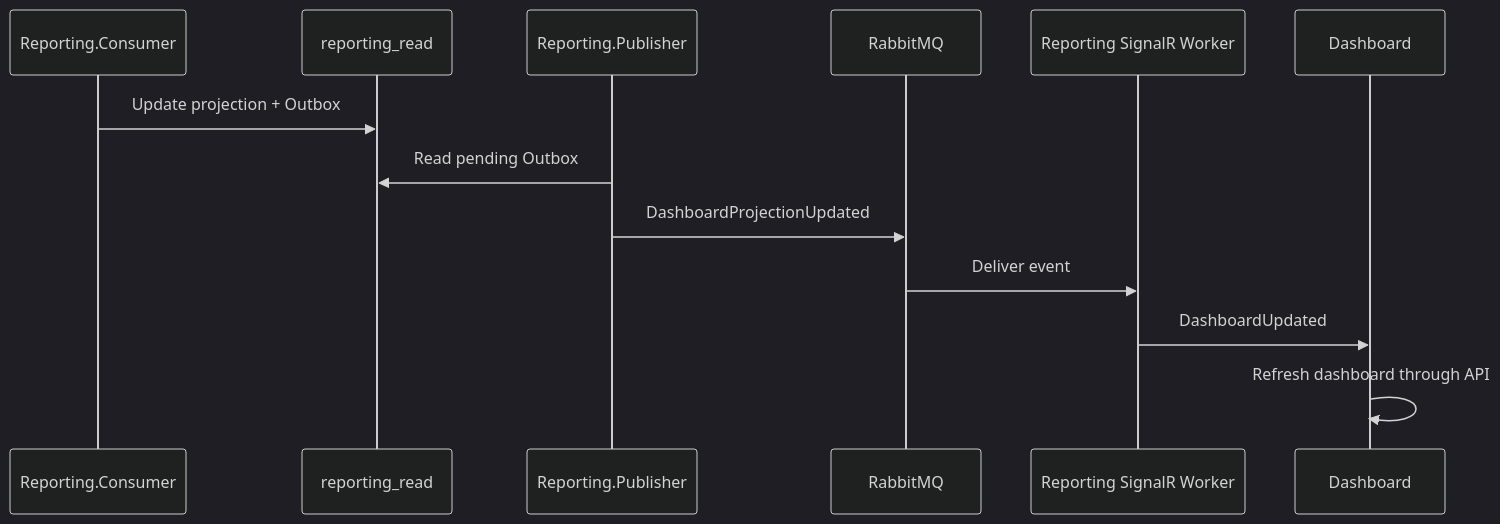
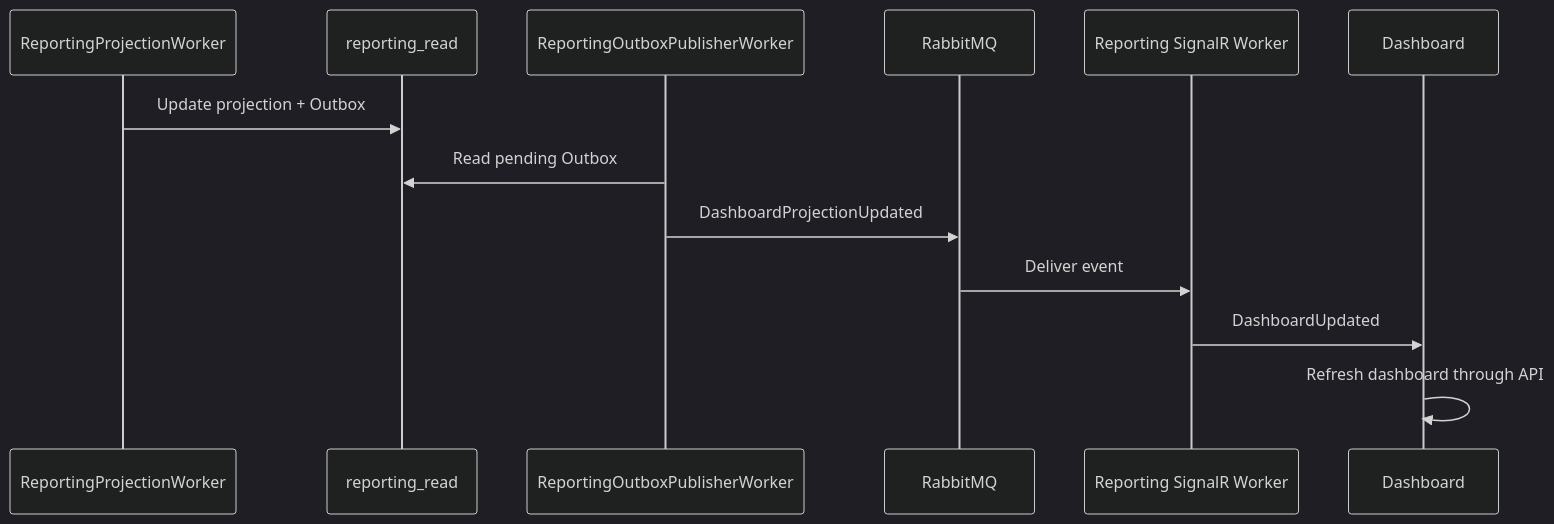
The fourth of 5 diagrams in docs/Reporting.README.md (sergioocode/Restaurantes), drawn with Mermaid (dark theme) before and after one commit. The commit also changed other lines of this file and 257 other files, not shown here.

````diff
--- a/docs/Reporting.README.md
+++ b/docs/Reporting.README.md
@@ -670,16 +667,16 @@
 ```mermaid
 sequenceDiagram
-    participant C as Reporting.Consumer
+    participant C as ReportingProjectionWorker
     participant DB as reporting_read
-    participant P as Reporting.Publisher
+    participant P as ReportingOutboxPublisherWorker
     participant R as RabbitMQ
     participant H as Reporting SignalR Worker
     participant D as Dashboard
 
     C->>DB: Update projection + Outbox
     P->>DB: Read pending Outbox
     P->>R: DashboardProjectionUpdated
     R->>H: Deliver event
     H->>D: DashboardUpdated
     D->>D: Refresh dashboard through API
 ```
````
